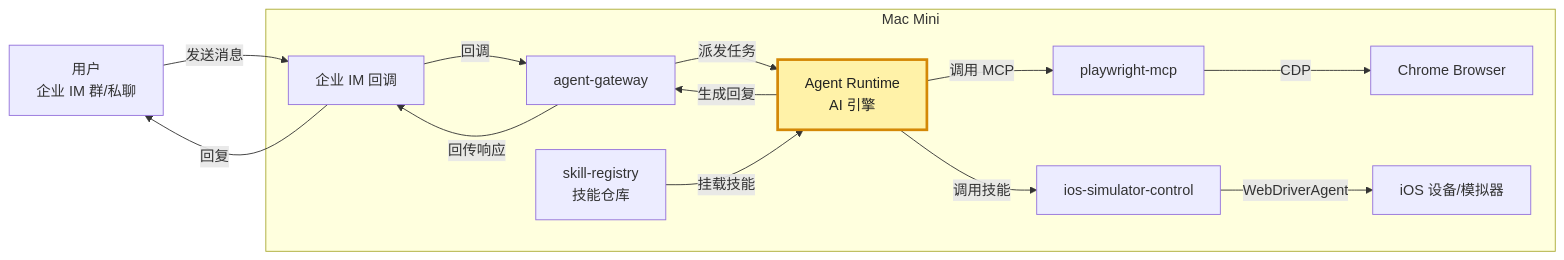
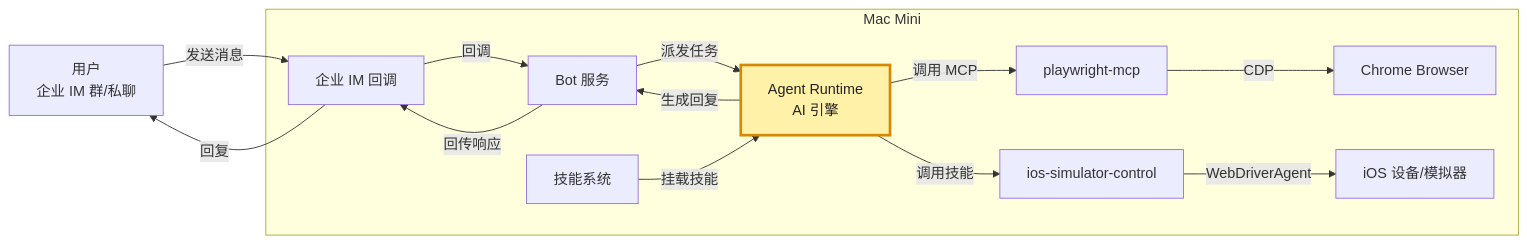
One commit to wangzexi/blog changed the second of 3 diagrams in AI 实习生：把 Agent 放进上下文已经存在的地方/README.md. Above: the diagram before and after it, drawn with Mermaid. The commit also changed other lines of this file, not shown here.

Commit message:
docs(ai-intern): remove gateway/skill-registry from public intro

````diff
--- a/AI 实习生：把 Agent 放进上下文已经存在的地方/README.md
+++ b/AI 实习生：把 Agent 放进上下文已经存在的地方/README.md
@@ -96,29 +96,29 @@
 ```mermaid
 graph LR
     User[用户\n企业 IM 群/私聊]
 
     subgraph Mini[Mac Mini]
         IM[企业 IM 回调]
-        Bot[agent-gateway]
+        Bot[Bot 服务]
         OC[Agent Runtime\nAI 引擎]
-        Skills[skill-registry\n技能仓库]
+        Skills[技能系统]
         MCP[playwright-mcp]
         Browser[Chrome Browser]
         IOSSkill[ios-simulator-control]
         iOS[iOS 设备/模拟器]
     end
 
     User -->|发送消息| IM
     IM -->|回调| Bot
     Bot -->|派发任务| OC
     Skills -->|挂载技能| OC
     OC -->|调用 MCP| MCP
     MCP -->|CDP| Browser
     OC -->|调用技能| IOSSkill
     IOSSkill -->|WebDriverAgent| iOS
     OC -->|生成回复| Bot
     Bot -->|回传响应| IM
     IM -->|回复| User
 
     style OC fill:#fff2a8,stroke:#d48806,stroke-width:3px,color:#222
 ```
````
